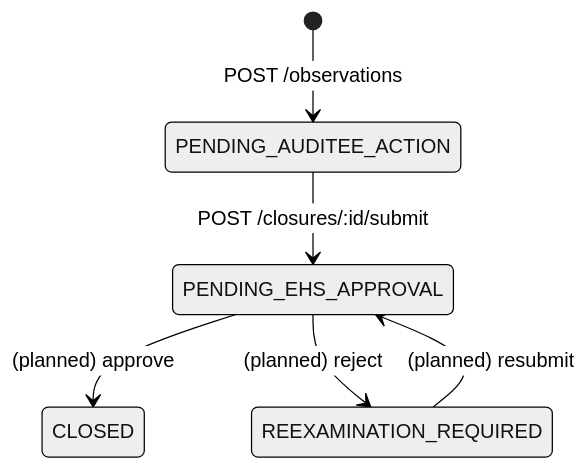
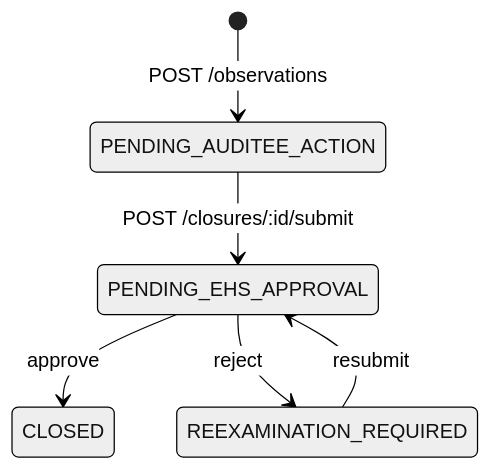
One commit to sparshkhurana3/EHS-Inspection-Application changed the third of 4 diagrams in docs/05-workflows.md. Above: the diagram before and after it, drawn with Mermaid (neutral theme). The commit also changed other lines of this file and 41 other files, not shown here.

````diff
--- a/docs/05-workflows.md
+++ b/docs/05-workflows.md
@@ -54,8 +63,8 @@
 ```mermaid
 stateDiagram-v2
     [*] --> PENDING_AUDITEE_ACTION : POST /observations
     PENDING_AUDITEE_ACTION --> PENDING_EHS_APPROVAL : POST /closures/:id/submit
-    PENDING_EHS_APPROVAL --> CLOSED : (planned) approve
-    PENDING_EHS_APPROVAL --> REEXAMINATION_REQUIRED : (planned) reject
-    REEXAMINATION_REQUIRED --> PENDING_EHS_APPROVAL : (planned) resubmit
+    PENDING_EHS_APPROVAL --> CLOSED : approve
+    PENDING_EHS_APPROVAL --> REEXAMINATION_REQUIRED : reject
+    REEXAMINATION_REQUIRED --> PENDING_EHS_APPROVAL : resubmit
 ```
````
